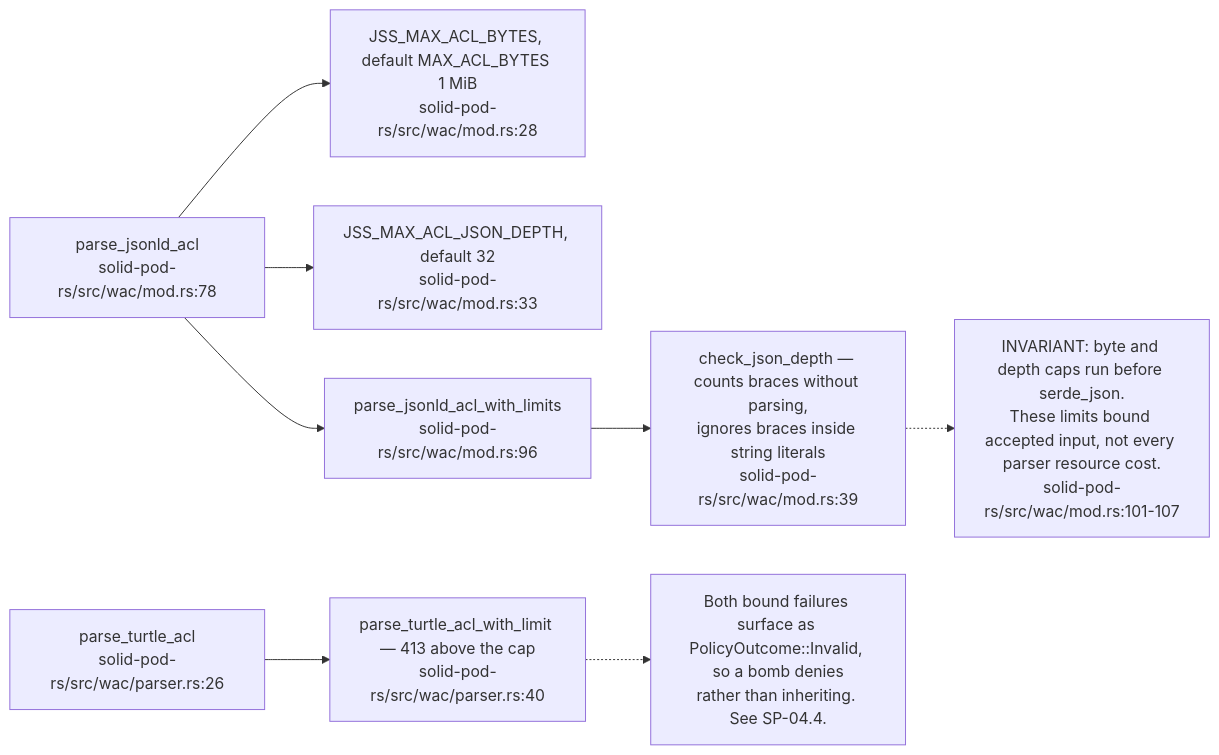
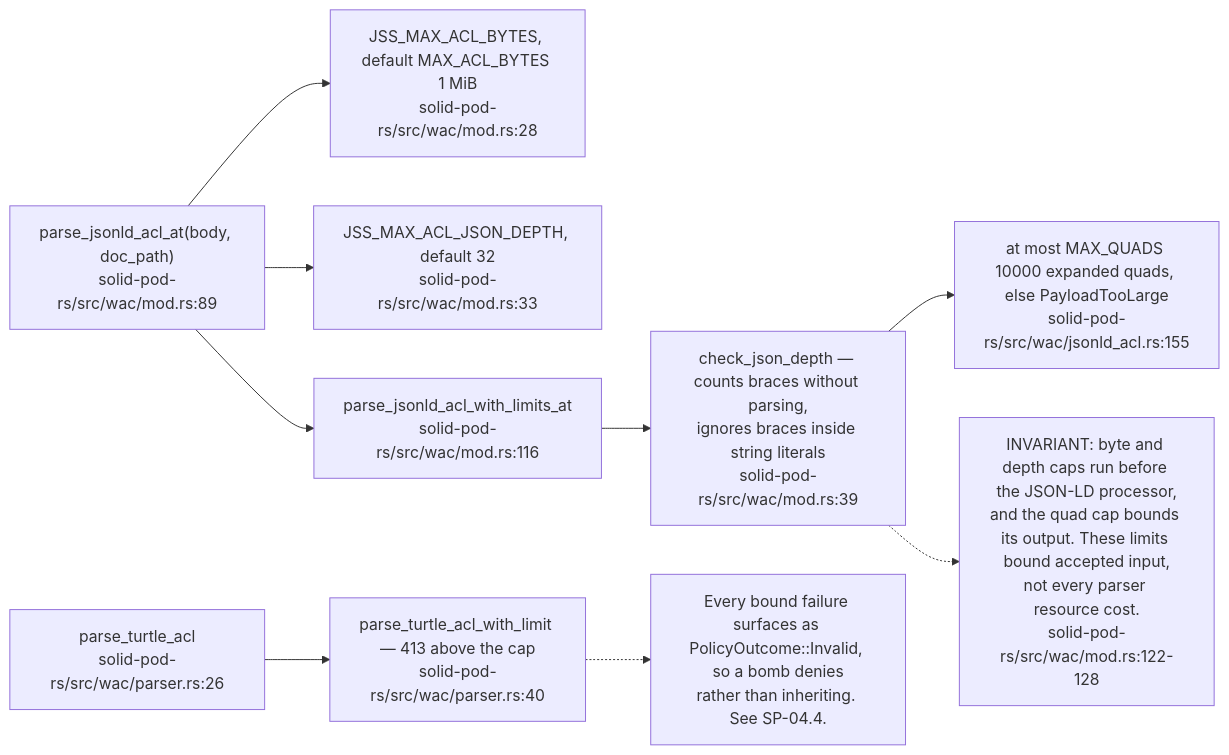
Before and after one commit to DreamLab-AI/VisionFlow: the ninth of 16 diagrams in docs/diagrams/solid-pod-rs/04-wac-authorisation.md, drawn with Mermaid. The commit also changed other lines of this file, not shown here.

First line of the commit message:
docs(diagrams): SP-04 re-verified at solid-pod-rs a28a748

````diff
--- a/docs/diagrams/solid-pod-rs/04-wac-authorisation.md
+++ b/docs/diagrams/solid-pod-rs/04-wac-authorisation.md
@@ -319,20 +336,21 @@
 ```mermaid
 flowchart LR
-    JSONLD["parse_jsonld_acl<br/>solid-pod-rs/src/wac/mod.rs:78"]
+    JSONLD["parse_jsonld_acl_at(body, doc_path)<br/>solid-pod-rs/src/wac/mod.rs:89"]
     ENVB["JSS_MAX_ACL_BYTES, default MAX_ACL_BYTES 1 MiB<br/>solid-pod-rs/src/wac/mod.rs:28"]
     ENVD["JSS_MAX_ACL_JSON_DEPTH, default 32<br/>solid-pod-rs/src/wac/mod.rs:33"]
-    WL["parse_jsonld_acl_with_limits<br/>solid-pod-rs/src/wac/mod.rs:96"]
+    WL["parse_jsonld_acl_with_limits_at<br/>solid-pod-rs/src/wac/mod.rs:116"]
     DEPTH["check_json_depth — counts braces without parsing,<br/>ignores braces inside string literals<br/>solid-pod-rs/src/wac/mod.rs:39"]
+    QUADS["at most MAX_QUADS 10000 expanded quads, else PayloadTooLarge<br/>solid-pod-rs/src/wac/jsonld_acl.rs:155"]
     TURTLE["parse_turtle_acl<br/>solid-pod-rs/src/wac/parser.rs:26"]
     TWL["parse_turtle_acl_with_limit — 413 above the cap<br/>solid-pod-rs/src/wac/parser.rs:40"]
 
     JSONLD --> ENVB
     JSONLD --> ENVD
-    JSONLD --> WL --> DEPTH
+    JSONLD --> WL --> DEPTH --> QUADS
     TURTLE --> TWL
 
-    N["INVARIANT: byte and depth caps run before serde_json.<br/>These limits bound accepted input, not every parser resource cost.<br/>solid-pod-rs/src/wac/mod.rs:101-107"]
+    N["INVARIANT: byte and depth caps run before the JSON-LD processor,<br/>and the quad cap bounds its output. These limits bound accepted input,<br/>not every parser resource cost.<br/>solid-pod-rs/src/wac/mod.rs:122-128"]
     DEPTH -.-> N
-    N2["Both bound failures surface as PolicyOutcome::Invalid, so a bomb denies<br/>rather than inheriting. See SP-04.4."]
+    N2["Every bound failure surfaces as PolicyOutcome::Invalid, so a bomb denies<br/>rather than inheriting. See SP-04.4."]
     TWL -.-> N2
 ```
````
